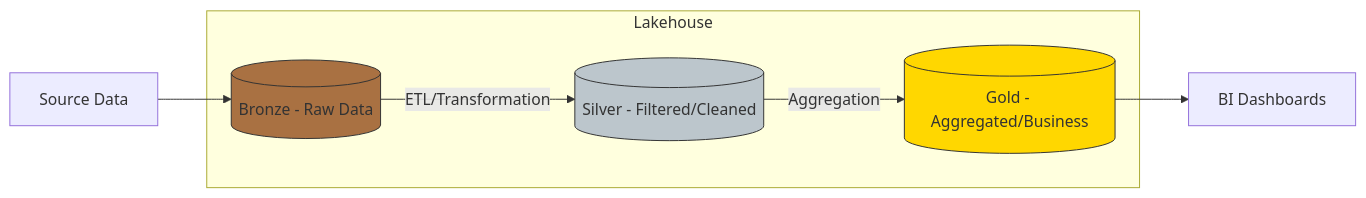
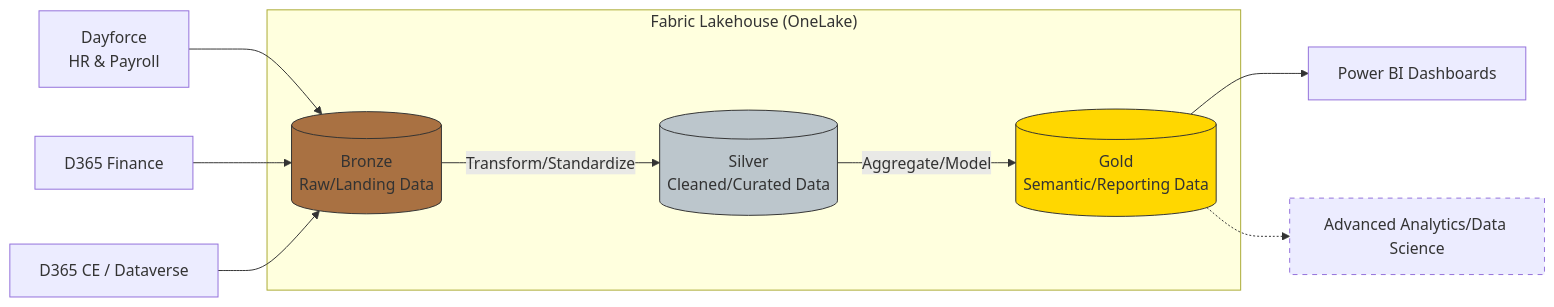
One commit to stimm-solutionstreet/AIR changed the fourth of 5 diagrams in README.md. Above: the diagram before and after it, drawn with Mermaid.

Commit message:
Update README.md. Updated medalion architecture

````diff
--- a/README.md
+++ b/README.md
@@ -130,20 +130,27 @@
 ```mermaid
-graph LR
-    Raw[Source Data] --> Bronze
-    
-    subgraph Lakehouse
-        Bronze[(Bronze - Raw Data)]
-        Silver[(Silver - Filtered/Cleaned)]
-        Gold[(Gold - Aggregated/Business)]
-    end
-    
-    Bronze -->|ETL/Transformation| Silver
-    Silver -->|Aggregation| Gold
-    
-    Gold --> BI[BI Dashboards]
-    %% Gold --> ML[ML Models]
-    
-    style Bronze fill:#A97142,stroke:#333
-    style Silver fill:#BCC6CC,stroke:#333
-    style Gold fill:#FFD700,stroke:#333
+flowchart LR
+
+DF[Dayforce<br/>HR & Payroll]
+D365[D365 Finance]
+CE[D365 CE / Dataverse]
+
+DF --> Bronze
+D365 --> Bronze
+CE --> Bronze
+
+subgraph Lakehouse["Fabric Lakehouse (OneLake)"]
+    Bronze[(Bronze<br/>Raw/Landing Data)]
+    Silver[(Silver<br/>Cleaned/Curated Data)]
+    Gold[(Gold<br/>Semantic/Reporting Data)]
+end
+
+Bronze -->|Transform/Standardize| Silver
+Silver -->|Aggregate/Model| Gold
+Gold --> BI[Power BI Dashboards]
+Gold -.-> DS[Advanced Analytics/Data Science]
+
+style DS stroke-dasharray: 5, 5;
+style Bronze fill:#A97142,stroke:#333
+style Silver fill:#BCC6CC,stroke:#333
+style Gold fill:#FFD700,stroke:#333
 ```
````
